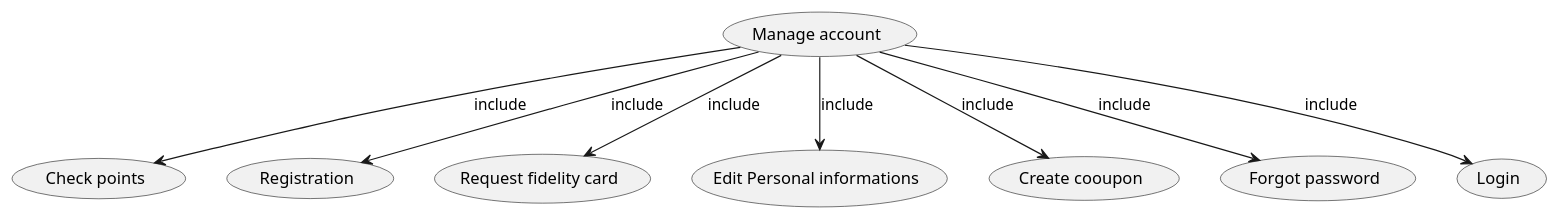
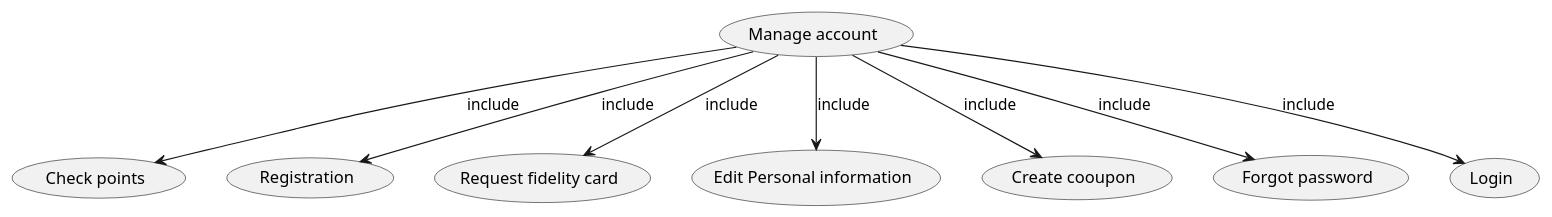
Before and after one commit to nicolabattaglino/ezshop: the fourth of 7 diagrams in Deliverables/RequirementsDocument.md, drawn with PlantUML. The commit also changed other lines of this file and 1 other file, not shown here.

````diff
--- a/Deliverables/RequirementsDocument.md
+++ b/Deliverables/RequirementsDocument.md
@@ -264,20 +264,20 @@
 ```plantuml
 @startuml
 "Manage account" as (manageAccount)
 "Check points" as (checkPoints)
 "Registration" as (registration)
 "Request fidelity card" as (request)
-"Edit Personal informations" as (edit)
+"Edit Personal information" as (edit)
 "Create cooupon" as (coupon)
 "Forgot password" as (forgotPassword)
 "Login" as (login)
 (manageAccount)-->(checkPoints):include
 (manageAccount)-->(registration):include
 (manageAccount)-->(request):include
 (manageAccount)-->(edit):include
 (manageAccount)-->(coupon):include
 (manageAccount)-->(forgotPassword):include
 (manageAccount)-->(login):include
 @enduml
 
 ```
````
